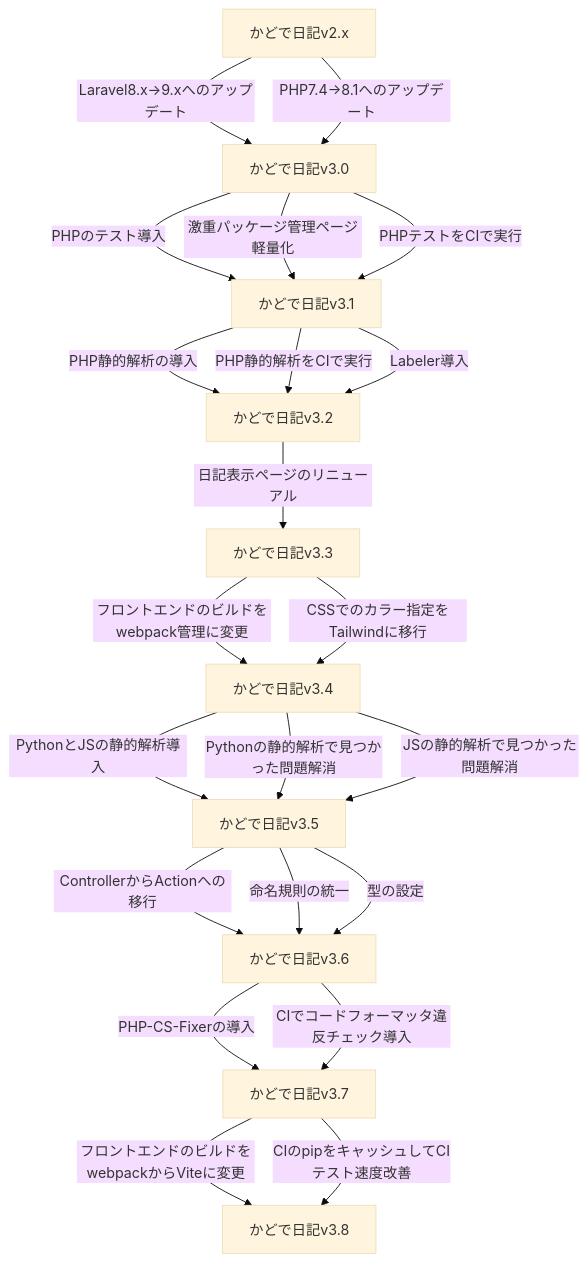
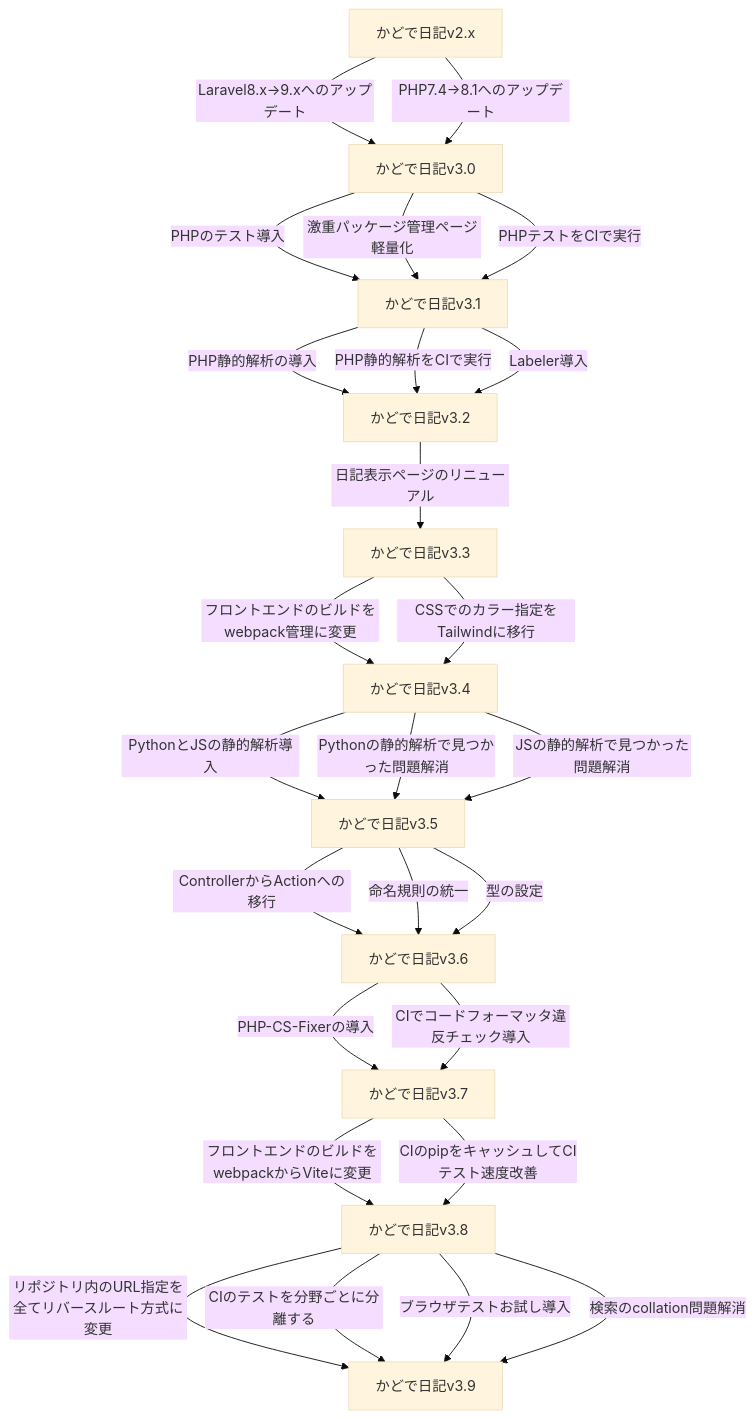
The second of 4 diagrams in README.md (KadodeProject/kadode_nikki3), drawn with Mermaid (base theme) before and after one commit. The commit also changed other lines of this file, not shown here.

````diff
--- a/README.md
+++ b/README.md
@@ -73,24 +73,28 @@
 ```mermaid
 flowchart TD
     0[かどで日記v2.x]-->|Laravel8.x->9.xへのアップデート|1[かどで日記v3.0]
     0-->|PHP7.4->8.1へのアップデート|1
     1-->|PHPのテスト導入|2[かどで日記v3.1]
     1-->|激重パッケージ管理ページ軽量化|2
     1-->|PHPテストをCIで実行|2
     2-->|PHP静的解析の導入|3[かどで日記v3.2]
     2-->|PHP静的解析をCIで実行|3
     2-->|Labeler導入|3
     3-->|日記表示ページのリニューアル|4[かどで日記v3.3]
     4-->|フロントエンドのビルドをwebpack管理に変更|5[かどで日記v3.4]
     4-->|CSSでのカラー指定をTailwindに移行|5
     5-->|PythonとJSの静的解析導入|A[かどで日記v3.5]
     5-->|Pythonの静的解析で見つかった問題解消|A
     5-->|JSの静的解析で見つかった問題解消|A
     A-->|ControllerからActionへの移行|B[かどで日記v3.6]
     A-->|命名規則の統一|B
     A-->|型の設定|B
     B-->|PHP-CS-Fixerの導入|C[かどで日記v3.7]
     B-->|CIでコードフォーマッタ違反チェック導入|C
     C-->|フロントエンドのビルドをwebpackからViteに変更|D[かどで日記v3.8]
     C-->|CIのpipをキャッシュしてCIテスト速度改善|D
+    D-->|リポジトリ内のURL指定を全てリバースルート方式に変更|E[かどで日記v3.9]
+    D-->|CIのテストを分野ごとに分離する|E
+    D-->|ブラウザテストお試し導入|E
+    D-->|検索のcollation問題解消|E
 ```
````
